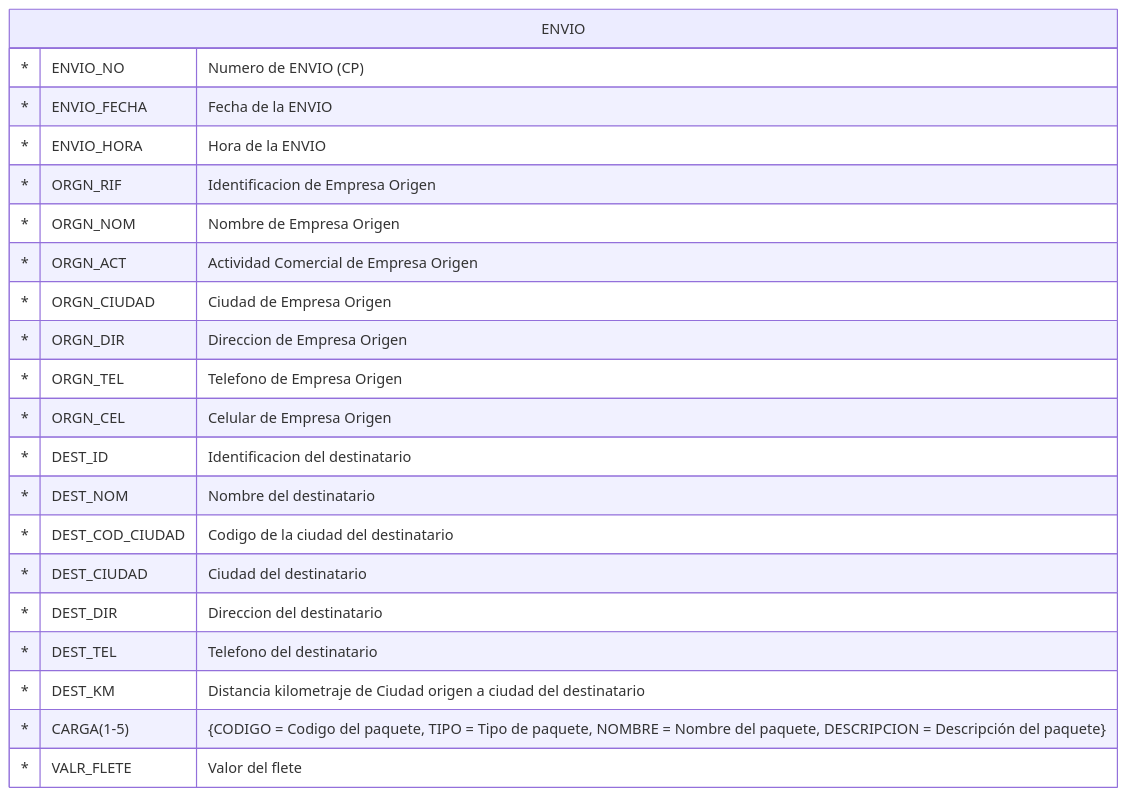
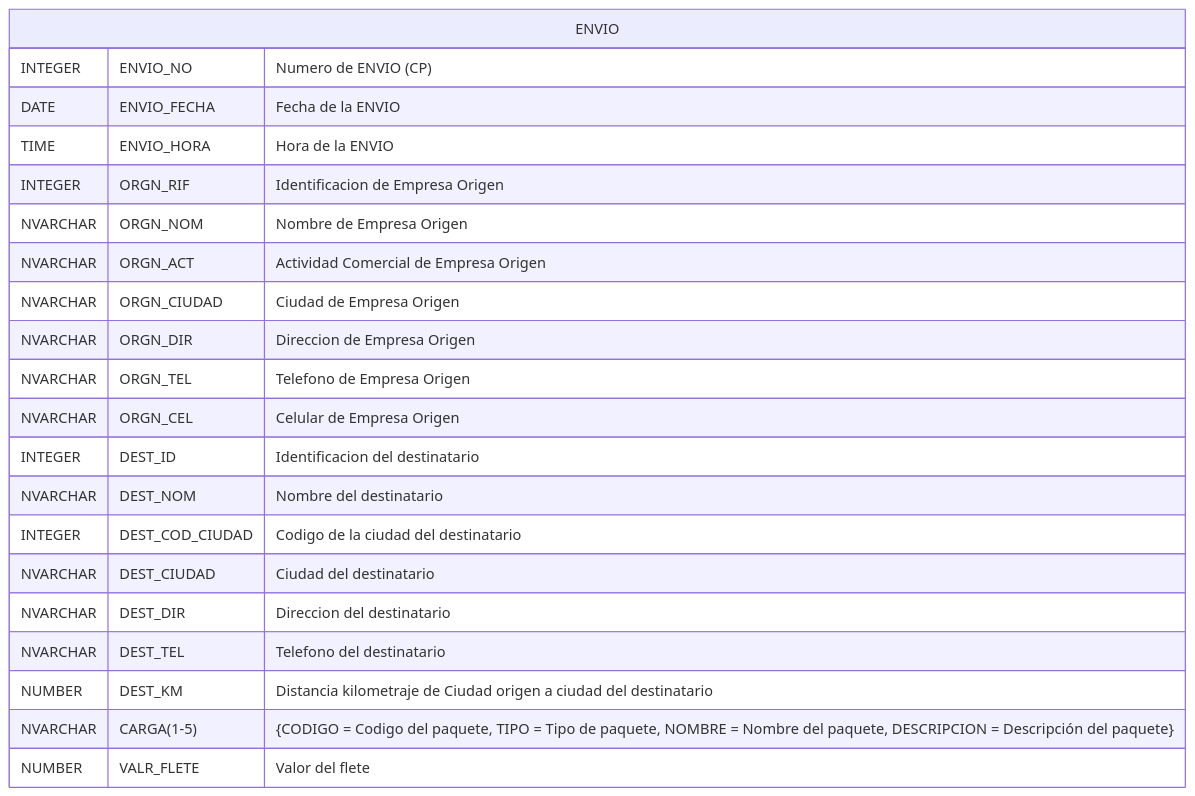
Before and after one commit to ppandomail/data: the first of 4 diagrams in materias/base-datos/tps/TP4-normalizacion.md, drawn with Mermaid. The commit also changed other lines of this file and 1 other file, not shown here.

````diff
--- a/materias/base-datos/tps/TP4-normalizacion.md
+++ b/materias/base-datos/tps/TP4-normalizacion.md
@@ -3,24 +3,24 @@
 ```mermaid
 erDiagram
     ENVIO {
-        * ENVIO_NO "Numero de ENVIO (CP)"
-        * ENVIO_FECHA "Fecha de la ENVIO"
-        * ENVIO_HORA "Hora de la ENVIO"
-        * ORGN_RIF  "Identificacion de Empresa Origen"
-        * ORGN_NOM "Nombre de Empresa Origen"
-        * ORGN_ACT "Actividad Comercial de Empresa Origen"
-        * ORGN_CIUDAD "Ciudad de Empresa Origen"
-        * ORGN_DIR "Direccion de Empresa Origen"
-        * ORGN_TEL "Telefono de Empresa Origen"
-        * ORGN_CEL "Celular de Empresa Origen"
-        * DEST_ID "Identificacion del destinatario"
-        * DEST_NOM "Nombre del destinatario"
-        * DEST_COD_CIUDAD "Codigo de la ciudad del destinatario"
-        * DEST_CIUDAD "Ciudad del destinatario"
-        * DEST_DIR "Direccion del destinatario"
-        * DEST_TEL "Telefono del destinatario"
-        * DEST_KM "Distancia kilometraje de Ciudad origen a ciudad del destinatario"
-        * CARGA(1-5) "{CODIGO = Codigo del paquete, TIPO = Tipo de paquete, NOMBRE = Nombre del paquete, DESCRIPCION = Descripción del paquete}"
-        * VALR_FLETE "Valor del flete"
+        INTEGER  ENVIO_NO "Numero de ENVIO (CP)"
+        DATE     ENVIO_FECHA "Fecha de la ENVIO"
+        TIME     ENVIO_HORA "Hora de la ENVIO"
+        INTEGER  ORGN_RIF  "Identificacion de Empresa Origen"
+        NVARCHAR ORGN_NOM "Nombre de Empresa Origen"
+        NVARCHAR ORGN_ACT "Actividad Comercial de Empresa Origen"
+        NVARCHAR ORGN_CIUDAD "Ciudad de Empresa Origen"
+        NVARCHAR ORGN_DIR "Direccion de Empresa Origen"
+        NVARCHAR ORGN_TEL "Telefono de Empresa Origen"
+        NVARCHAR ORGN_CEL "Celular de Empresa Origen"
+        INTEGER  DEST_ID "Identificacion del destinatario"
+        NVARCHAR DEST_NOM "Nombre del destinatario"
+        INTEGER  DEST_COD_CIUDAD "Codigo de la ciudad del destinatario"
+        NVARCHAR DEST_CIUDAD "Ciudad del destinatario"
+        NVARCHAR DEST_DIR "Direccion del destinatario"
+        NVARCHAR DEST_TEL "Telefono del destinatario"
+        NUMBER   DEST_KM "Distancia kilometraje de Ciudad origen a ciudad del destinatario"
+        NVARCHAR CARGA(1-5) "{CODIGO = Codigo del paquete, TIPO = Tipo de paquete, NOMBRE = Nombre del paquete, DESCRIPCION = Descripción del paquete}"
+        NUMBER   VALR_FLETE "Valor del flete"
     }
 ```
````
